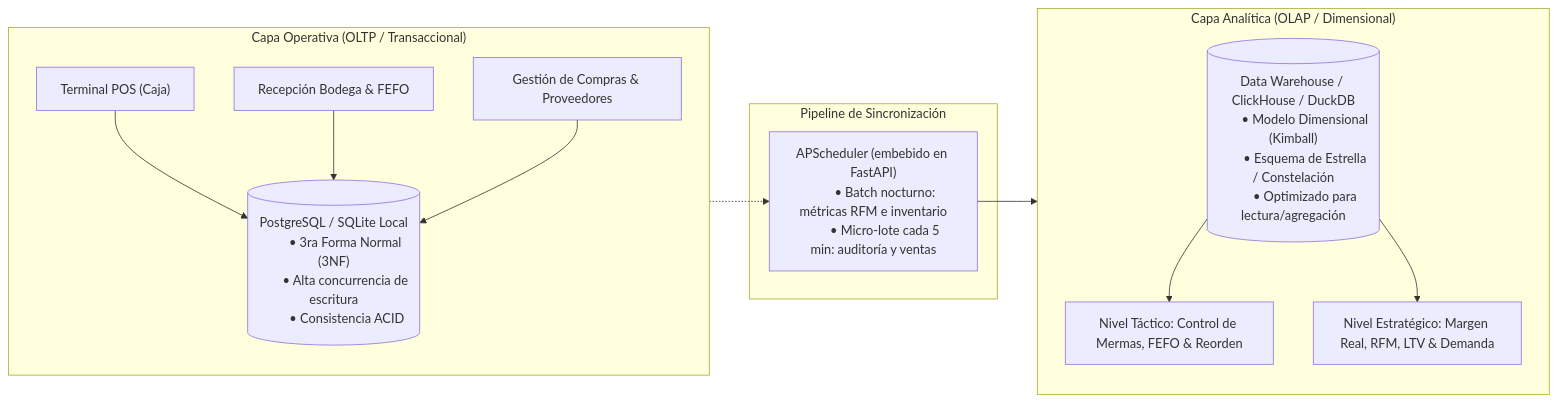
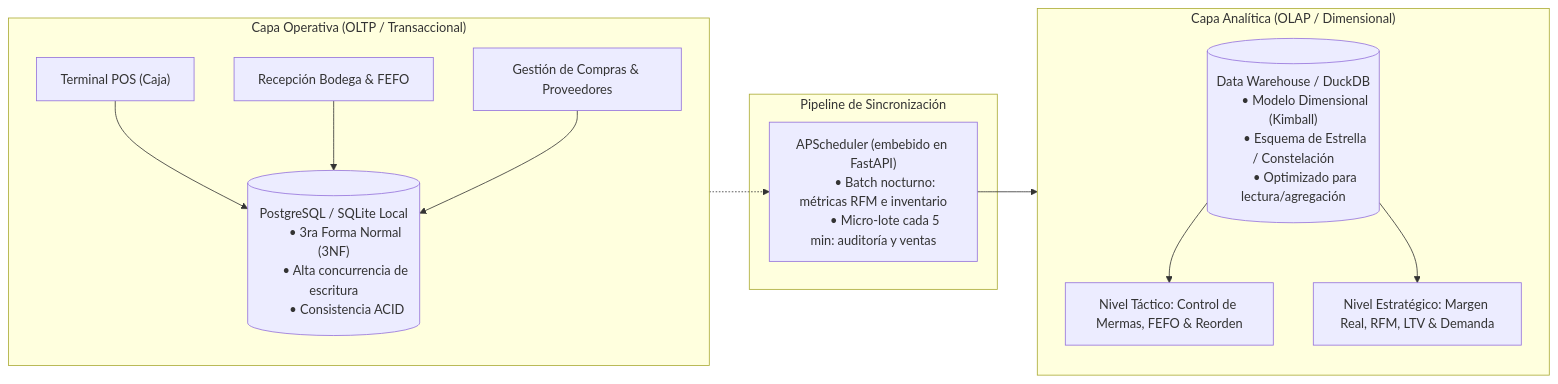
The first of 3 diagrams in docs/arquitectura/diseno_arquitectura_datos.md (khrizzcoronel/Quantix), drawn with Mermaid before and after one commit. The commit also changed 24 other files, not shown here.

````diff
--- a/docs/arquitectura/diseno_arquitectura_datos.md
+++ b/docs/arquitectura/diseno_arquitectura_datos.md
@@ -11,36 +11,36 @@
 ```mermaid
 flowchart LR
     subgraph Capa_OLTP ["Capa Operativa (OLTP / Transaccional)"]
         direction TB
         POS["Terminal POS (Caja)"]
         WMS["Recepción Bodega & FEFO"]
         COMP["Gestión de Compras & Proveedores"]
         DB_OLTP[("PostgreSQL / SQLite Local
         • 3ra Forma Normal (3NF)
         • Alta concurrencia de escritura
         • Consistencia ACID")]
         POS --> DB_OLTP
         WMS --> DB_OLTP
         COMP --> DB_OLTP
     end
 
     subgraph Pipeline ["Pipeline de Sincronización"]
         ETL["APScheduler (embebido en FastAPI)
         • Batch nocturno: métricas RFM e inventario
         • Micro-lote cada 5 min: auditoría y ventas"]
         DB_OLTP -.-> ETL
     end
 
     subgraph Capa_OLAP ["Capa Analítica (OLAP / Dimensional)"]
         direction TB
-        DWH[("Data Warehouse / ClickHouse / DuckDB
+        DWH[("Data Warehouse / DuckDB
         • Modelo Dimensional (Kimball)
         • Esquema de Estrella / Constelación
         • Optimizado para lectura/agregación")]
         MIS["Nivel Táctico: Control de Mermas, FEFO & Reorden"]
         EIS["Nivel Estratégico: Margen Real, RFM, LTV & Demanda"]
         ETL --> DWH
         DWH --> MIS
         DWH --> EIS
     end
 ```
````
